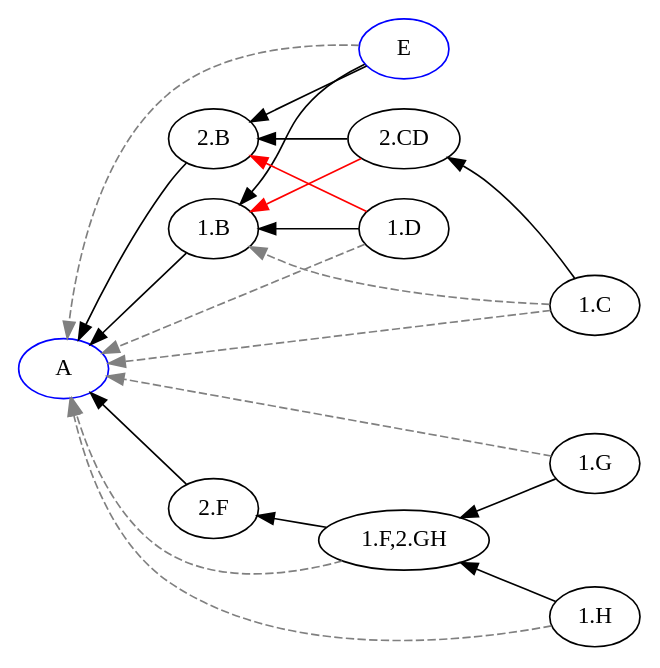
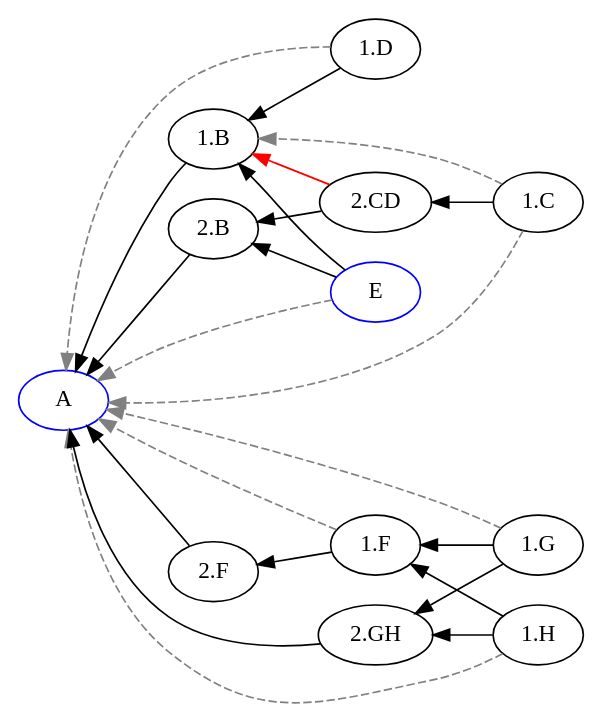
One commit to EulerProject/EulerX changed the diagram in example/output/abstract2/abstract2.dot. Above: the diagram before and after it, drawn with Graphviz. The commit also changed 522 other files, not shown here.

```diff
--- a/example/output/abstract2/abstract2.dot
+++ b/example/output/abstract2/abstract2.dot
@@ -1,27 +1,29 @@
 digraph {
 
 rankdir = RL
 
 "A" [color=blue];
 "E" [color=blue];
 "1.D" -> "1.B" [style=filled, color=black];
+"1.G" -> "1.F" [style=filled, color=black];
+"1.H" -> "1.F" [style=filled, color=black];
 "2.CD" -> "2.B" [style=filled, color=black];
 "1.C" -> "2.CD" [style=filled, color=black];
+"1.F" -> "2.F" [style=filled, color=black];
+"1.G" -> "2.GH" [style=filled, color=black];
+"1.H" -> "2.GH" [style=filled, color=black];
 "2.CD" -> "1.B" [style=filled, color=red];
-"1.D" -> "2.B" [style=filled, color=red];
 "2.B" -> "A" [style=filled, color=black];
 "2.F" -> "A" [style=filled, color=black];
+"2.GH" -> "A" [style=filled, color=black];
 "1.B" -> "A" [style=filled, color=black];
 "E" -> "1.B" [style=filled, color=black];
 "E" -> "2.B" [style=filled, color=black];
-"1.F,2.GH" -> "2.F" [style=filled, color=black];
-"1.G" -> "1.F,2.GH" [style=filled, color=black];
-"1.H" -> "1.F,2.GH" [style=filled, color=black];
 "1.C" -> "A" [style=dashed, color=grey];
 "1.D" -> "A" [style=dashed, color=grey];
-"1.C" -> "1.B" [style=dashed, color=grey];
 "1.G" -> "A" [style=dashed, color=grey];
 "1.H" -> "A" [style=dashed, color=grey];
+"1.C" -> "1.B" [style=dashed, color=grey];
+"1.F" -> "A" [style=dashed, color=grey];
 "E" -> "A" [style=dashed, color=grey];
-"1.F,2.GH" -> "A" [style=dashed, color=grey];
 }
```
